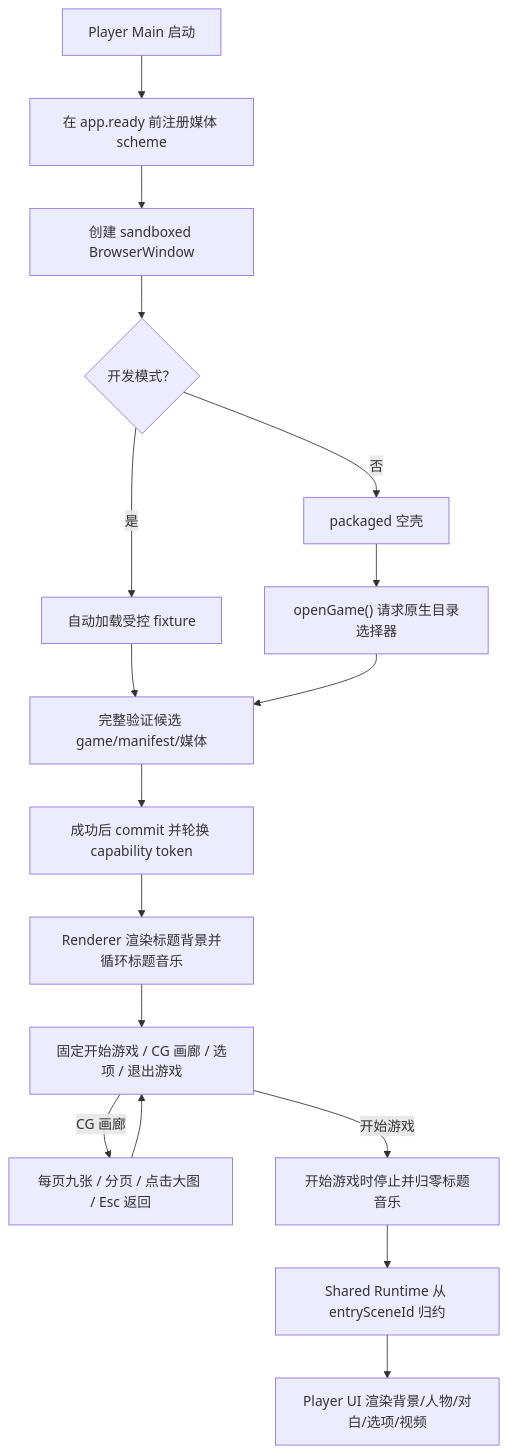
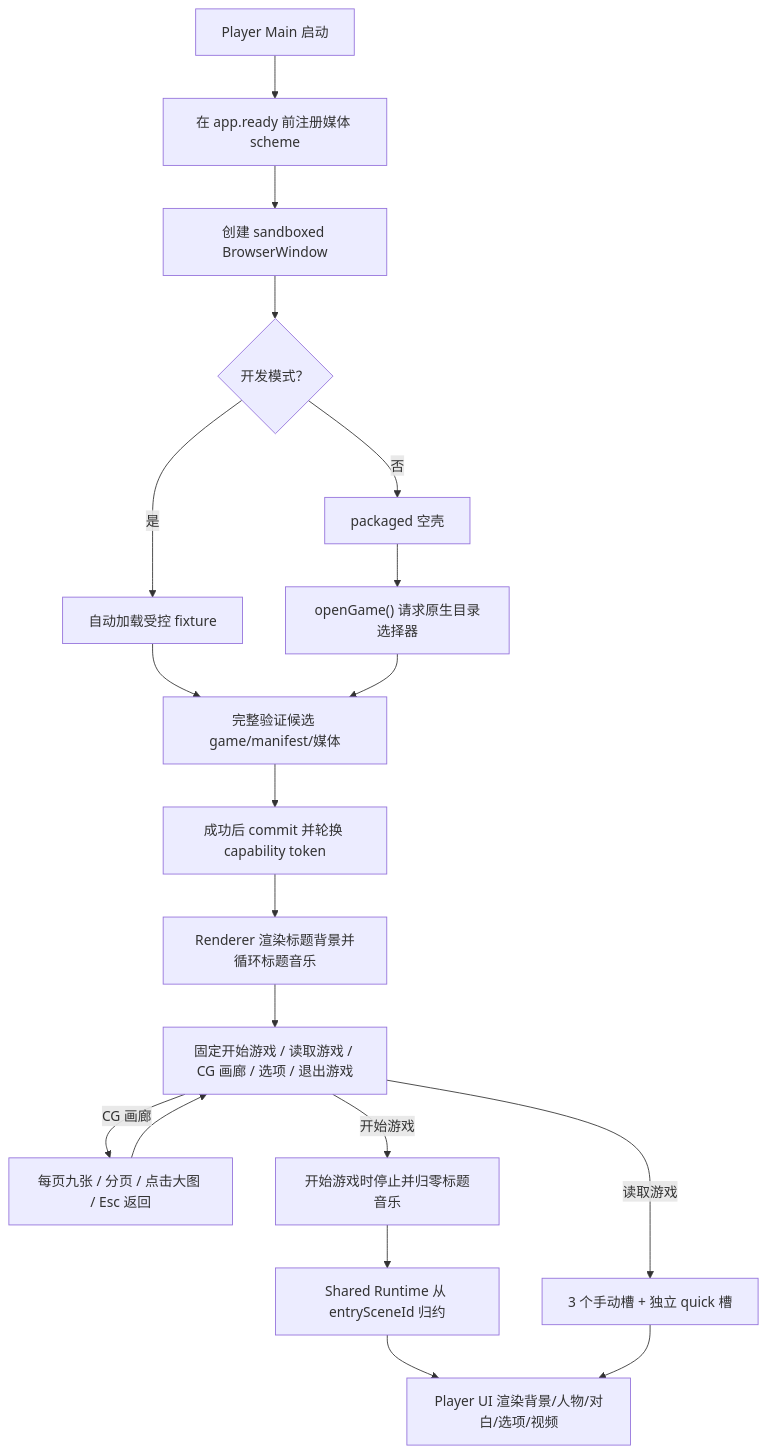
The third of 3 diagrams in docs/game-export-player.md (DarkboyRyan/Scratch-Novel-Engine), drawn with Mermaid before and after one commit. The commit also changed other lines of this file and 63 other files, not shown here.

````diff
--- a/docs/game-export-player.md
+++ b/docs/game-export-player.md
@@ -517,25 +531,27 @@
 ```mermaid
 flowchart TD
   START["Player Main 启动"]
   SCHEME["在 app.ready 前注册媒体 scheme"]
   WINDOW["创建 sandboxed BrowserWindow"]
   MODE{"开发模式？"}
   FIXTURE["自动加载受控 fixture"]
   EMPTY["packaged 空壳"]
   PICKER["openGame() 请求原生目录选择器"]
   VERIFY["完整验证候选 game/manifest/媒体"]
   COMMIT["成功后 commit 并轮换 capability token"]
   TITLE["Renderer 渲染标题背景并循环标题音乐"]
-  MENU["固定开始游戏 / CG 画廊 / 选项 / 退出游戏"]
+  MENU["固定开始游戏 / 读取游戏 / CG 画廊 / 选项 / 退出游戏"]
+  SAVES["3 个手动槽 + 独立 quick 槽"]
   GALLERY["每页九张 / 分页 / 点击大图 / Esc 返回"]
   STOP["开始游戏时停止并归零标题音乐"]
   RUNTIME["Shared Runtime 从 entrySceneId 归约"]
   UI["Player UI 渲染背景/人物/对白/选项/视频"]
 
   START --> SCHEME --> WINDOW --> MODE
   MODE -->|"是"| FIXTURE --> VERIFY
   MODE -->|"否"| EMPTY --> PICKER --> VERIFY
   VERIFY --> COMMIT --> TITLE --> MENU
   MENU -->|"开始游戏"| STOP --> RUNTIME --> UI
+  MENU -->|"读取游戏"| SAVES --> UI
   MENU -->|"CG 画廊"| GALLERY --> MENU
 ```
````
